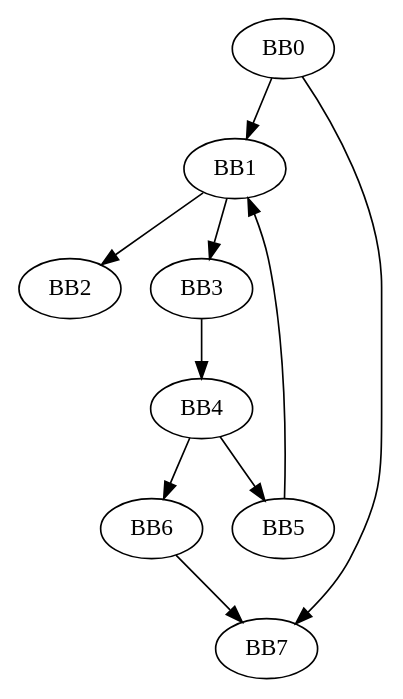
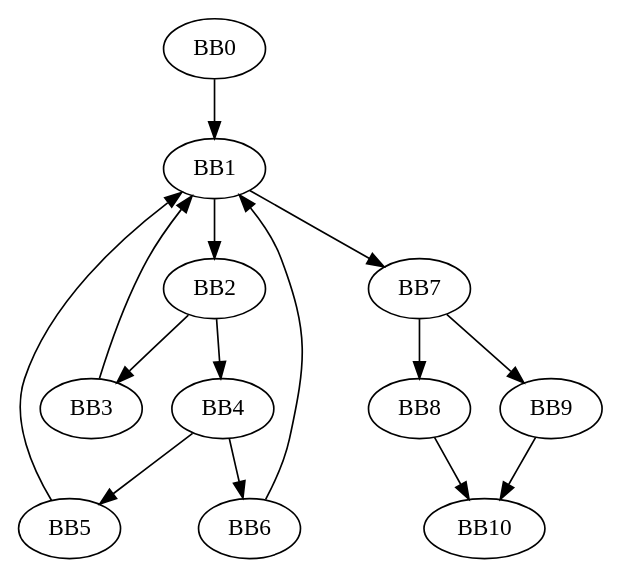
One commit to Jaseci-Labs/jaseci changed the diagram in jac/examples/gins_scripts/cfg.gv. Above: the diagram before and after it, drawn with Graphviz. The commit also changed 2 other files, not shown here.

```diff
--- a/jac/examples/gins_scripts/cfg.gv
+++ b/jac/examples/gins_scripts/cfg.gv
@@ -1,20 +1,28 @@
 // Control Flow Graph
 digraph {
 	bb0 [label=BB0]
 	bb1 [label=BB1]
 	bb2 [label=BB2]
 	bb3 [label=BB3]
 	bb4 [label=BB4]
 	bb5 [label=BB5]
 	bb6 [label=BB6]
 	bb7 [label=BB7]
-	bb0 -> bb7
+	bb8 [label=BB8]
+	bb9 [label=BB9]
+	bb10 [label=BB10]
 	bb0 -> bb1
-	bb1 -> bb3
 	bb1 -> bb2
-	bb3 -> bb4
+	bb1 -> bb7
+	bb2 -> bb4
+	bb2 -> bb3
+	bb3 -> bb1
 	bb4 -> bb6
 	bb4 -> bb5
 	bb5 -> bb1
-	bb6 -> bb7
+	bb6 -> bb1
+	bb7 -> bb9
+	bb7 -> bb8
+	bb8 -> bb10
+	bb9 -> bb10
 }
```
